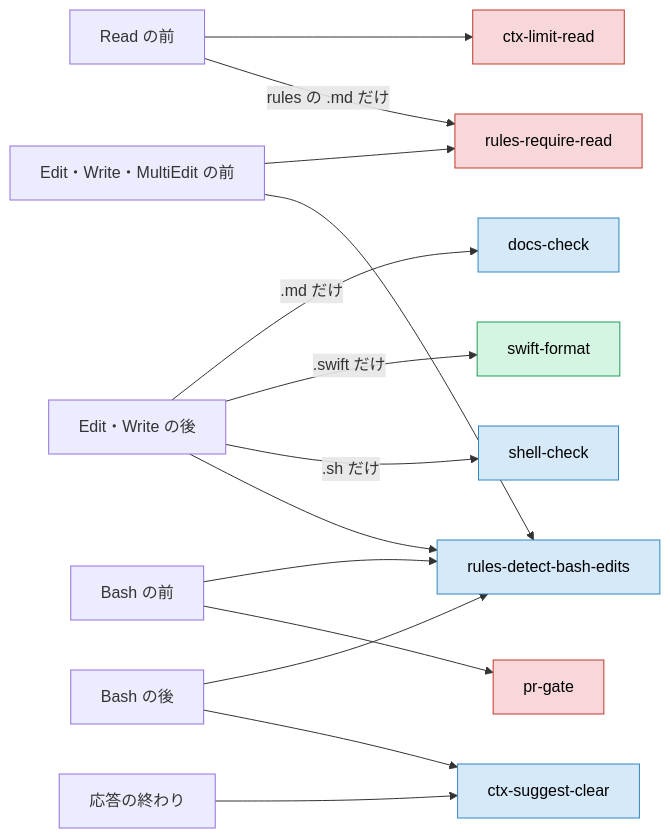
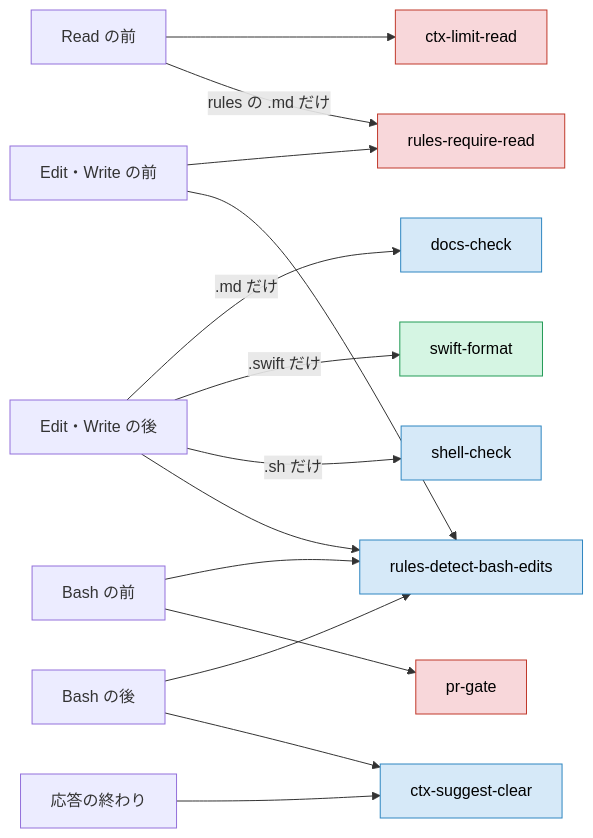
Before and after one commit to yossibank/claude-config: the third of 4 diagrams in README.md, drawn with Mermaid. The commit also changed other lines of this file and 26 other files, not shown here.

````diff
--- a/README.md
+++ b/README.md
@@ -139,23 +139,23 @@
 ```mermaid
 flowchart LR
     readBefore["Read の前"] --> limit["ctx-limit-read"]
     readBefore -->|rules の .md だけ| require["rules-require-read"]
-    editBefore["Edit・Write・MultiEdit の前"] --> require
+    editBefore["Edit・Write の前"] --> require
     editBefore --> detect["rules-detect-bash-edits"]
     editAfter["Edit・Write の後"] -->|.md だけ| docs["docs-check"]
     editAfter -->|.swift だけ| swift["swift-format"]
     editAfter -->|.sh だけ| shell["shell-check"]
     editAfter --> detect
     bashBefore["Bash の前"] --> detect
     bashBefore --> gate["pr-gate"]
     bashAfter["Bash の後"] --> detect
     bashAfter --> clear["ctx-suggest-clear"]
     stop["応答の終わり"] --> clear
 
     classDef block fill:#f8d7da,stroke:#c0392b,color:#000
     classDef inform fill:#d6e9f8,stroke:#2e86c1,color:#000
     classDef tidy fill:#d5f5e3,stroke:#239b56,color:#000
     class limit,require,gate block
     class docs,shell,detect,clear inform
     class swift tidy
 ```
````
